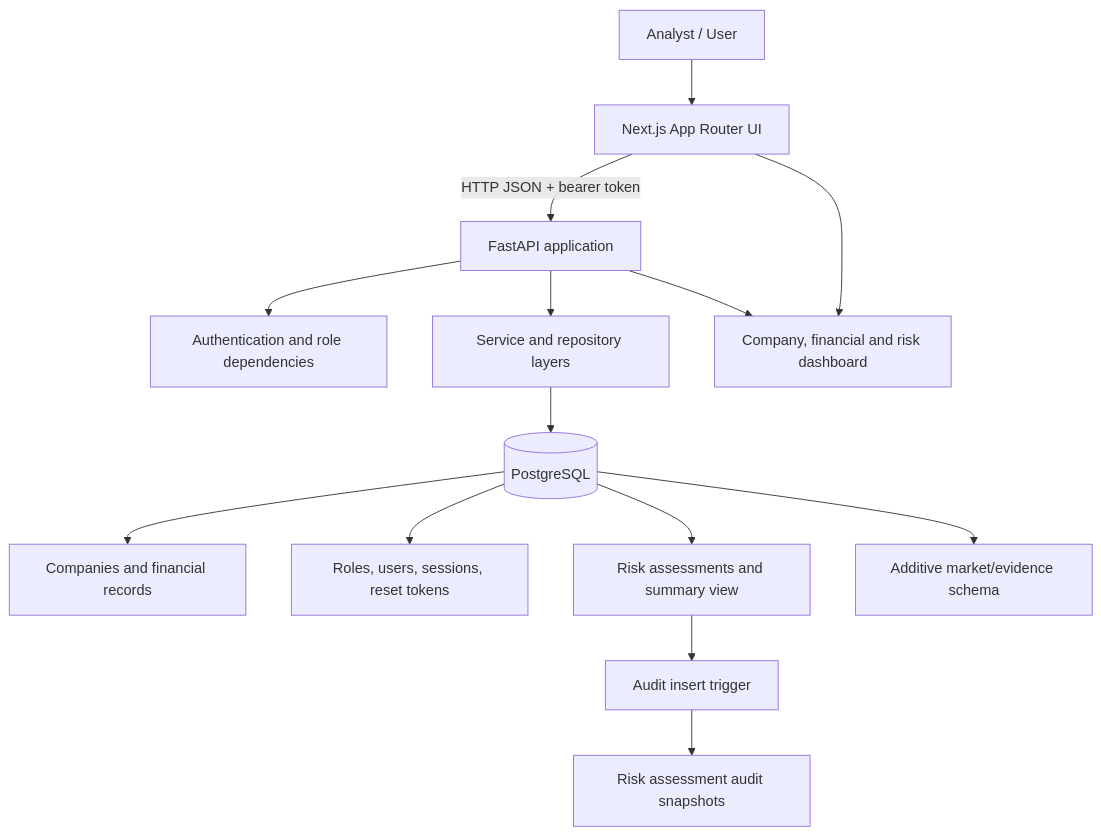
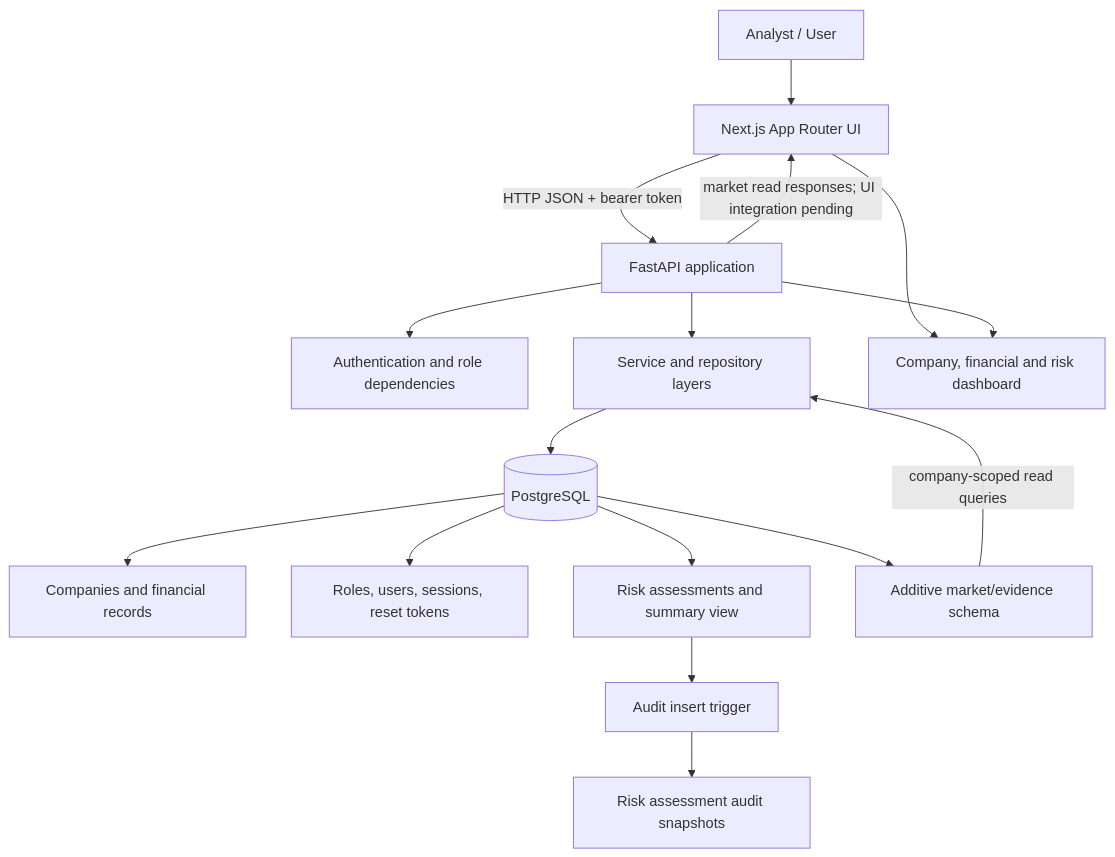
Before and after one commit to akashsb2005/aegis-financial-risk-intelligence: the first of 2 diagrams in docs/database/SYSTEM_ARCHITECTURE.md, drawn with Mermaid. The commit also changed other lines of this file and 6 other files, not shown here.

Commit message:
feat(api): add company-scoped market read endpoints

````diff
--- a/docs/database/SYSTEM_ARCHITECTURE.md
+++ b/docs/database/SYSTEM_ARCHITECTURE.md
@@ -11,16 +11,18 @@
 ```mermaid
 flowchart TD
     USER[Analyst / User] --> WEB[Next.js App Router UI]
     WEB -->|HTTP JSON + bearer token| API[FastAPI application]
     API --> AUTH[Authentication and role dependencies]
     API --> SERVICES[Service and repository layers]
     SERVICES --> DB[(PostgreSQL)]
     DB --> CORE[Companies and financial records]
     DB --> ID[Roles, users, sessions, reset tokens]
     DB --> RISK[Risk assessments and summary view]
     RISK --> TRIGGER[Audit insert trigger]
     TRIGGER --> AUDIT[Risk assessment audit snapshots]
     DB --> MARKET[Additive market/evidence schema]
     WEB --> DASH[Company, financial and risk dashboard]
     API --> DASH
+    MARKET -->|company-scoped read queries| SERVICES
+    API -->|market read responses; UI integration pending| WEB
 ```
````
